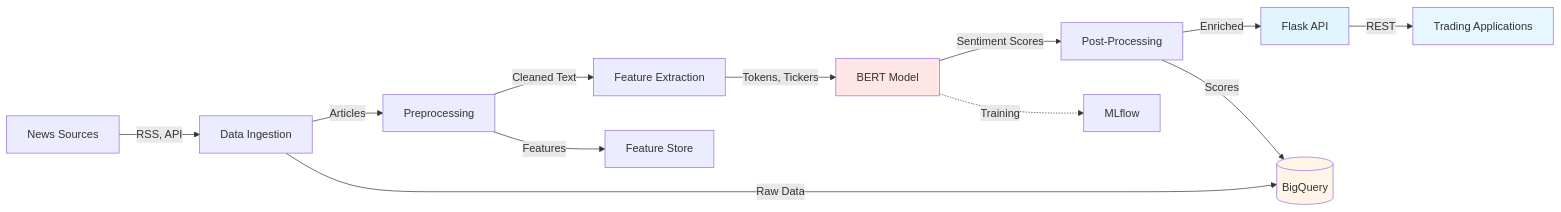
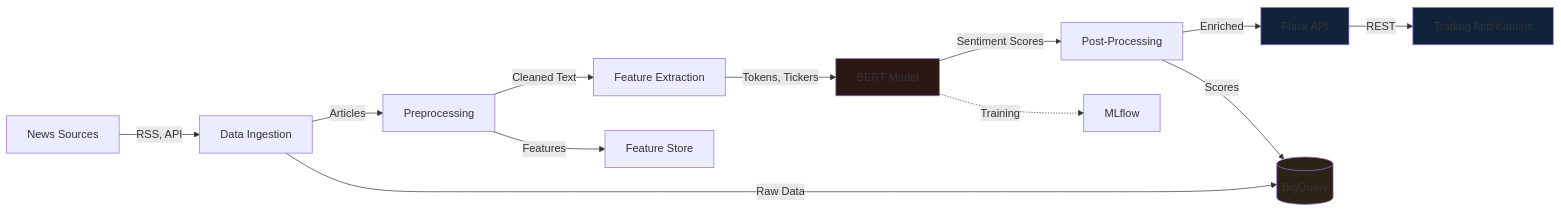
One commit to quangphu1912/quangphu1912.github.io changed the diagram in _projects/sentiment-analysis.md. Above: the diagram before and after it, drawn with Mermaid. The commit also changed 2 other files, not shown here.

Commit message:
fix: mermaid diagrams use dark fills (restore dark-theme intent)

````diff
--- a/_projects/sentiment-analysis.md
+++ b/_projects/sentiment-analysis.md
@@ -27,20 +27,20 @@
 ```mermaid
 graph LR
     A[News Sources] -->|RSS, API| B[Data Ingestion]
     B -->|Articles| C[Preprocessing]
     C -->|Cleaned Text| D[Feature Extraction]
     D -->|Tokens, Tickers| E[BERT Model]
     E -->|Sentiment Scores| F[Post-Processing]
     F -->|Enriched| G[Flask API]
     G -->|REST| H[Trading Applications]
 
     B -->|Raw Data| I[(BigQuery)]
     C -->|Features| J[Feature Store]
     E -.->|Training| K[MLflow]
     F -->|Scores| I
 
-    style E fill:#ffe6e6
-    style G fill:#e1f5ff
-    style H fill:#e6f7ff
-    style I fill:#fff4e6
+    style E fill:#2c1717
+    style G fill:#102339
+    style H fill:#102339
+    style I fill:#2c2317
 ```
````
